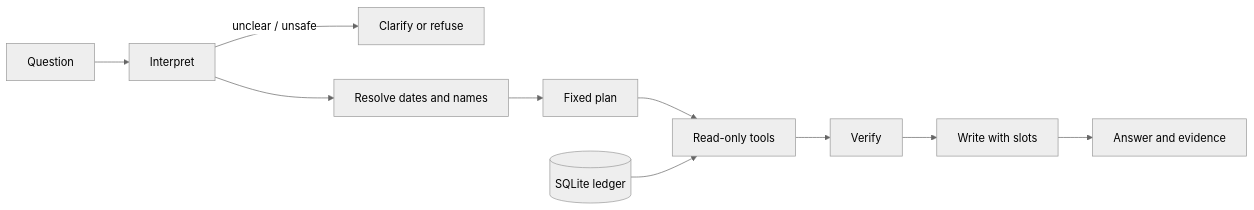
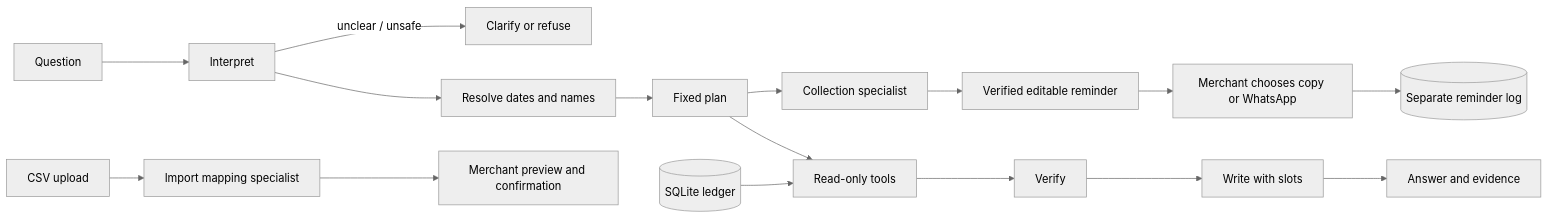
The diagram in README.md (abdulwahed-s/Shgad), drawn with Mermaid (neutral theme) before and after one commit. The commit also changed other lines of this file and 4 other files, not shown here.

````diff
--- a/README.md
+++ b/README.md
@@ -127,12 +127,18 @@
 ```mermaid
 flowchart LR
     Q[Question] --> I[Interpret]
     I -- unclear / unsafe --> C[Clarify or refuse]
     I --> R[Resolve dates and names]
     R --> P[Fixed plan]
+    P --> CS[Collection specialist]
+    CS --> D[Verified editable reminder]
+    D --> M[Merchant chooses copy or WhatsApp]
+    M --> L[(Separate reminder log)]
+    CSV[CSV upload] --> IS[Import mapping specialist]
+    IS --> Preview[Merchant preview and confirmation]
     P --> T[Read-only tools]
     DB[(SQLite ledger)] --> T
     T --> V[Verify]
     V --> W[Write with slots]
     W --> A[Answer and evidence]
 ```
````
